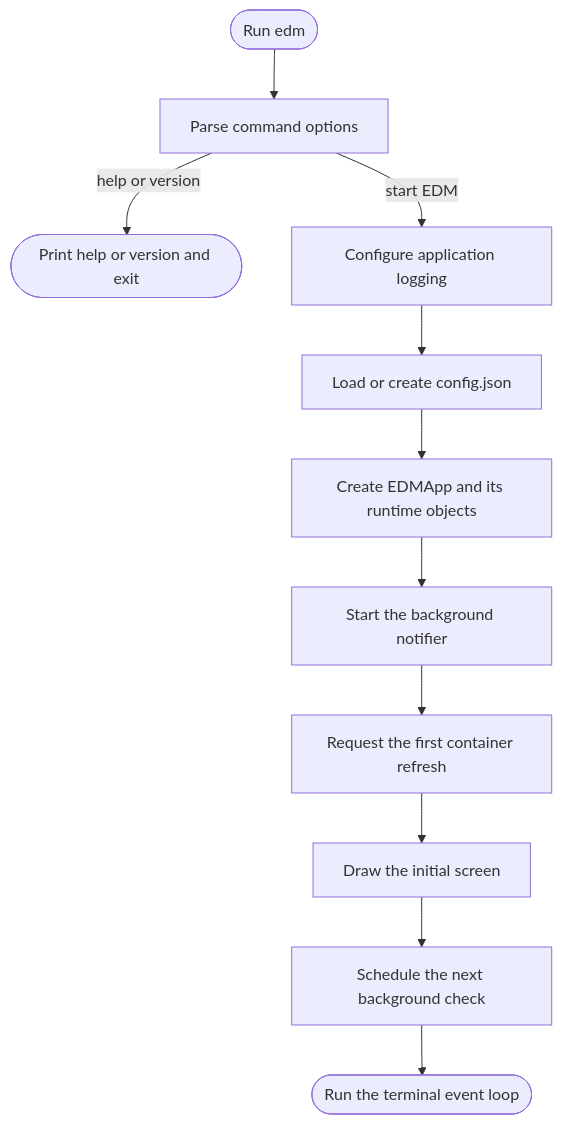
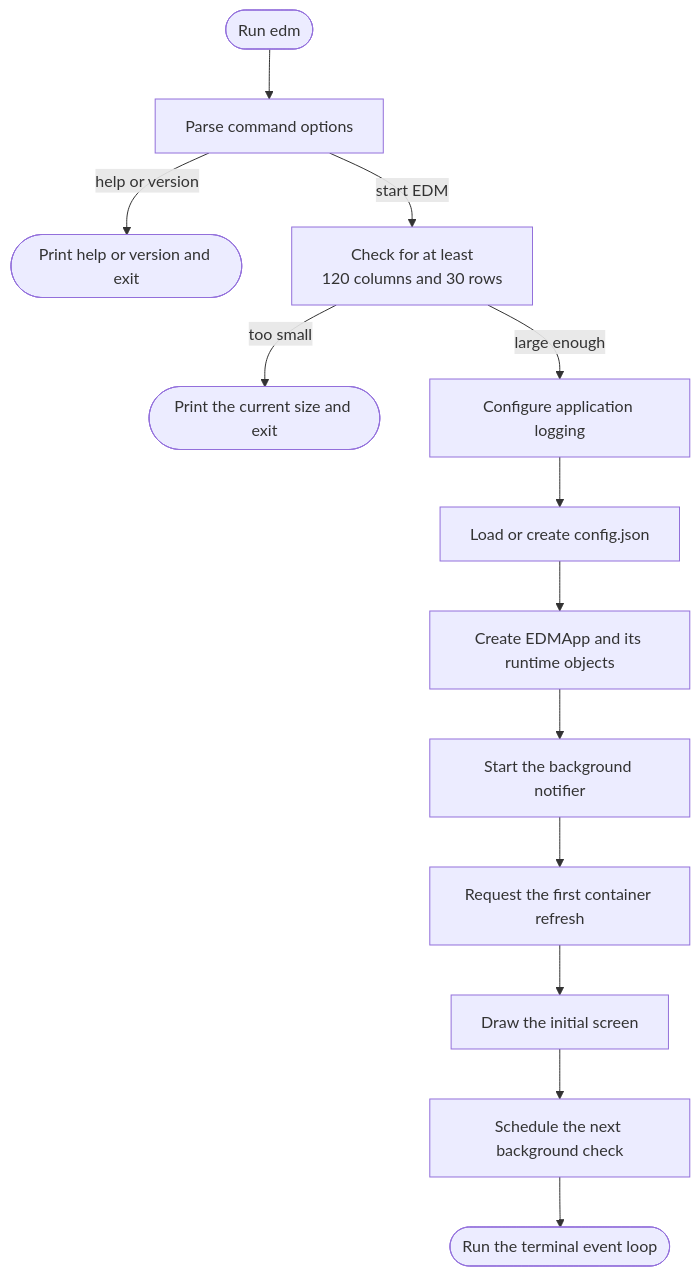
One commit to arabnejad/edm changed the second of 5 diagrams in DEVELOPMENT_GUIDE.md. Above: the diagram before and after it, drawn with Mermaid. The commit also changed other lines of this file and 11 other files, not shown here.

````diff
--- a/DEVELOPMENT_GUIDE.md
+++ b/DEVELOPMENT_GUIDE.md
@@ -181,19 +181,23 @@
 ```mermaid
 flowchart TD
     Start([Run edm])
     ParseOptions[Parse command options]
     ShowInfo([Print help or version and exit])
+    CheckTerminal[Check for at least<br/>120 columns and 30 rows]
+    SizeError([Print the current size and exit])
     Logging[Configure application logging]
     LoadConfig[Load or create config.json]
     BuildApp[Create EDMApp and its runtime objects]
     StartNotifier[Start the background notifier]
     FirstRefresh[Request the first container refresh]
     FirstDraw[Draw the initial screen]
     StartTimer[Schedule the next background check]
     RunUI([Run the terminal event loop])
 
     Start --> ParseOptions
     ParseOptions -->|help or version| ShowInfo
-    ParseOptions -->|start EDM| Logging --> LoadConfig --> BuildApp --> StartNotifier
+    ParseOptions -->|start EDM| CheckTerminal
+    CheckTerminal -->|too small| SizeError
+    CheckTerminal -->|large enough| Logging --> LoadConfig --> BuildApp --> StartNotifier
     StartNotifier --> FirstRefresh --> FirstDraw --> StartTimer --> RunUI
 ```
````
